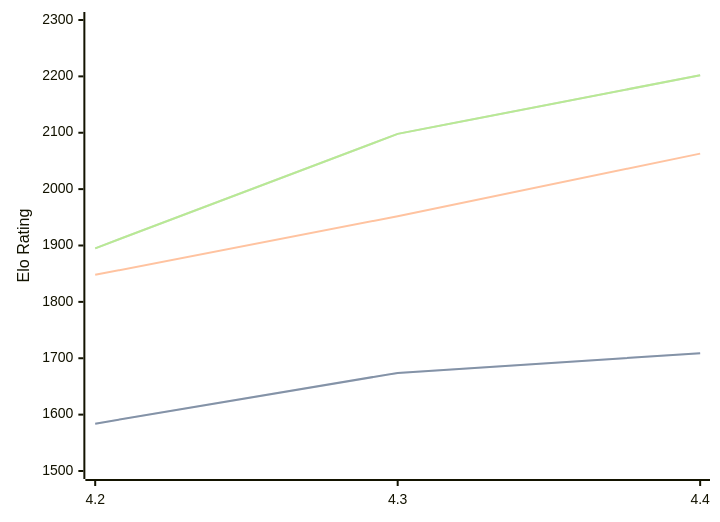
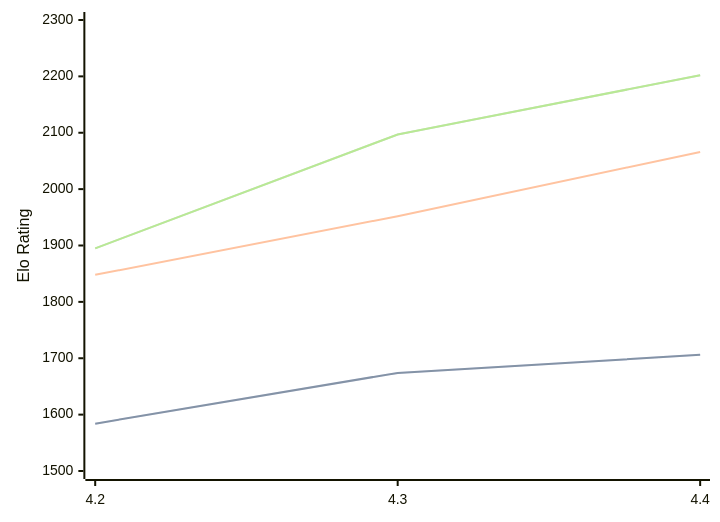
One commit to computer-chess-index/cci changed the diagram in engines/Radiance.md. Above: the diagram before and after it, drawn with Mermaid. The commit also changed other lines of this file, not shown here.

Commit message:
Update CCI Ratings (ELO VLTC) - 2026-08-28

````diff
--- a/engines/Radiance.md
+++ b/engines/Radiance.md
@@ -33,11 +33,11 @@
 ```mermaid
 %%{init: {"theme":"base","themeVariables":{"seriesColors:['#a3a3a3','#222221','#faa371']}}}%%
 xychart-beta
   x-axis ["4.2", "4.3", "4.4"]
   y-axis "Elo Rating" 1500 --> 2300
-  line "" [1584, 1674, 1709]
-  line "STC (8.0+0.08s)" [1584, 1674, 1709]
-  line "LTC (60.0+0.60s)" [1848, 1952, 2063]
-  line "" [1895, 2098, 2202]
-  line "VLTC (2m24s+1.12s)" [1895, 2098, 2202]
+  line "" [1584, 1674, 1706]
+  line "STC (8.0+0.08s)" [1584, 1674, 1706]
+  line "LTC (60.0+0.60s)" [1848, 1952, 2066]
+  line "" [1895, 2097, 2202]
+  line "VLTC (2m24s+1.12s)" [1895, 2097, 2202]
 ```
````
